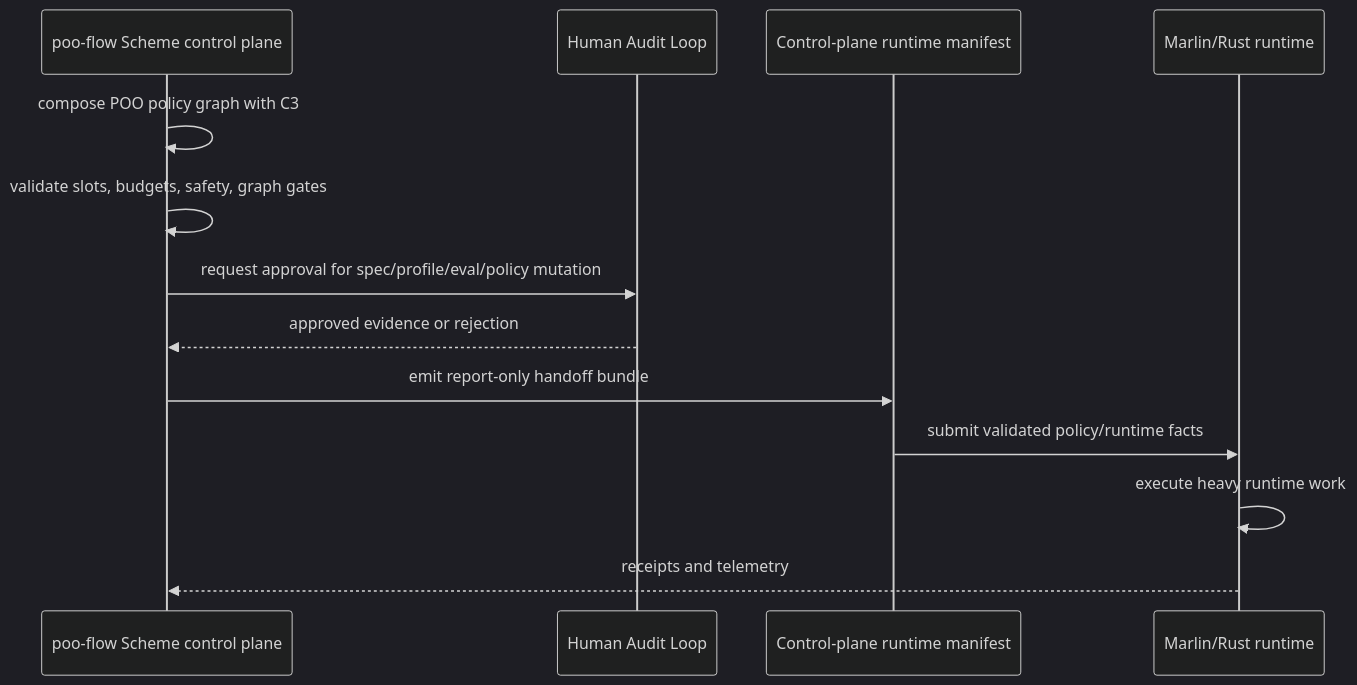
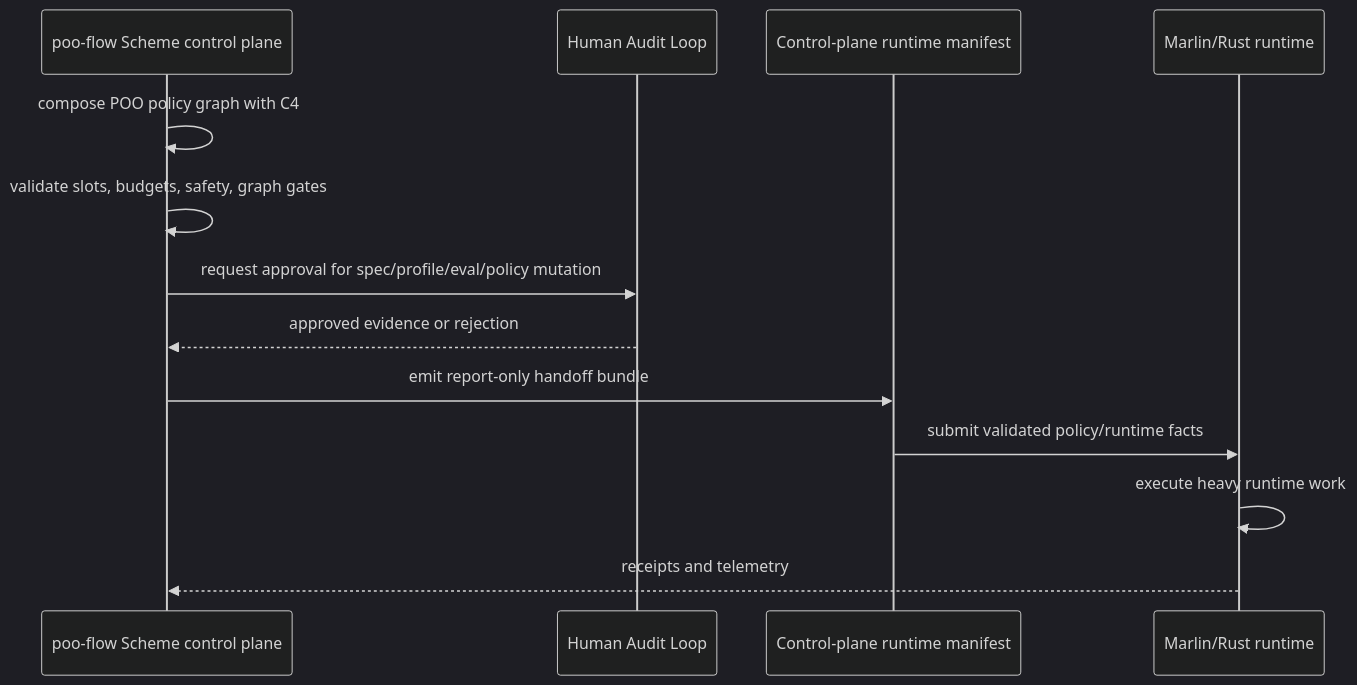
The diagram in docs/10-19-design/10.06-poo-module-system/11-marlin-runtime-handoff.org (tao3k/poo-flow), drawn with Mermaid (dark theme) before and after one commit. The commit also changed 514 other files, not shown here.

```diff
--- a/docs/10-19-design/10.06-poo-module-system/11-marlin-runtime-handoff.org
+++ b/docs/10-19-design/10.06-poo-module-system/11-marlin-runtime-handoff.org
@@ -34,16 +34,16 @@
 #+begin_src mermaid
 sequenceDiagram
   participant Scheme as poo-flow Scheme control plane
   participant Audit as Human Audit Loop
   participant Manifest as Control-plane runtime manifest
   participant Marlin as Marlin/Rust runtime
 
-  Scheme->>Scheme: compose POO policy graph with C3
+  Scheme->>Scheme: compose POO policy graph with C4
   Scheme->>Scheme: validate slots, budgets, safety, graph gates
   Scheme->>Audit: request approval for spec/profile/eval/policy mutation
   Audit-->>Scheme: approved evidence or rejection
   Scheme->>Manifest: emit report-only handoff bundle
   Manifest->>Marlin: submit validated policy/runtime facts
   Marlin->>Marlin: execute heavy runtime work
   Marlin-->>Scheme: receipts and telemetry
 #+end_src
```
